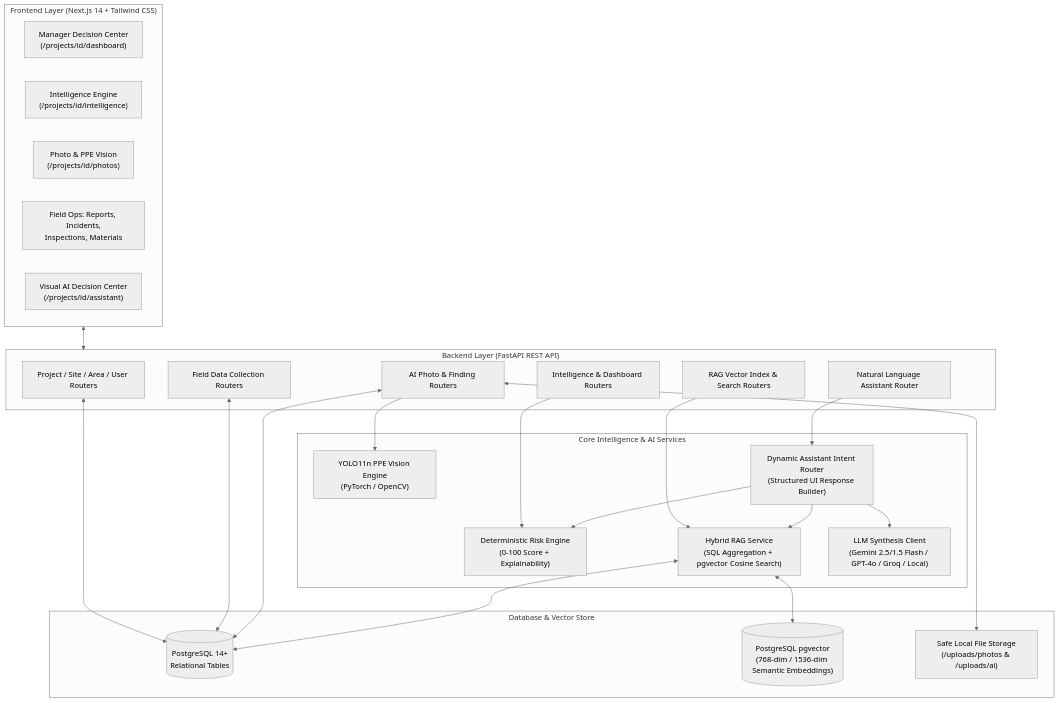
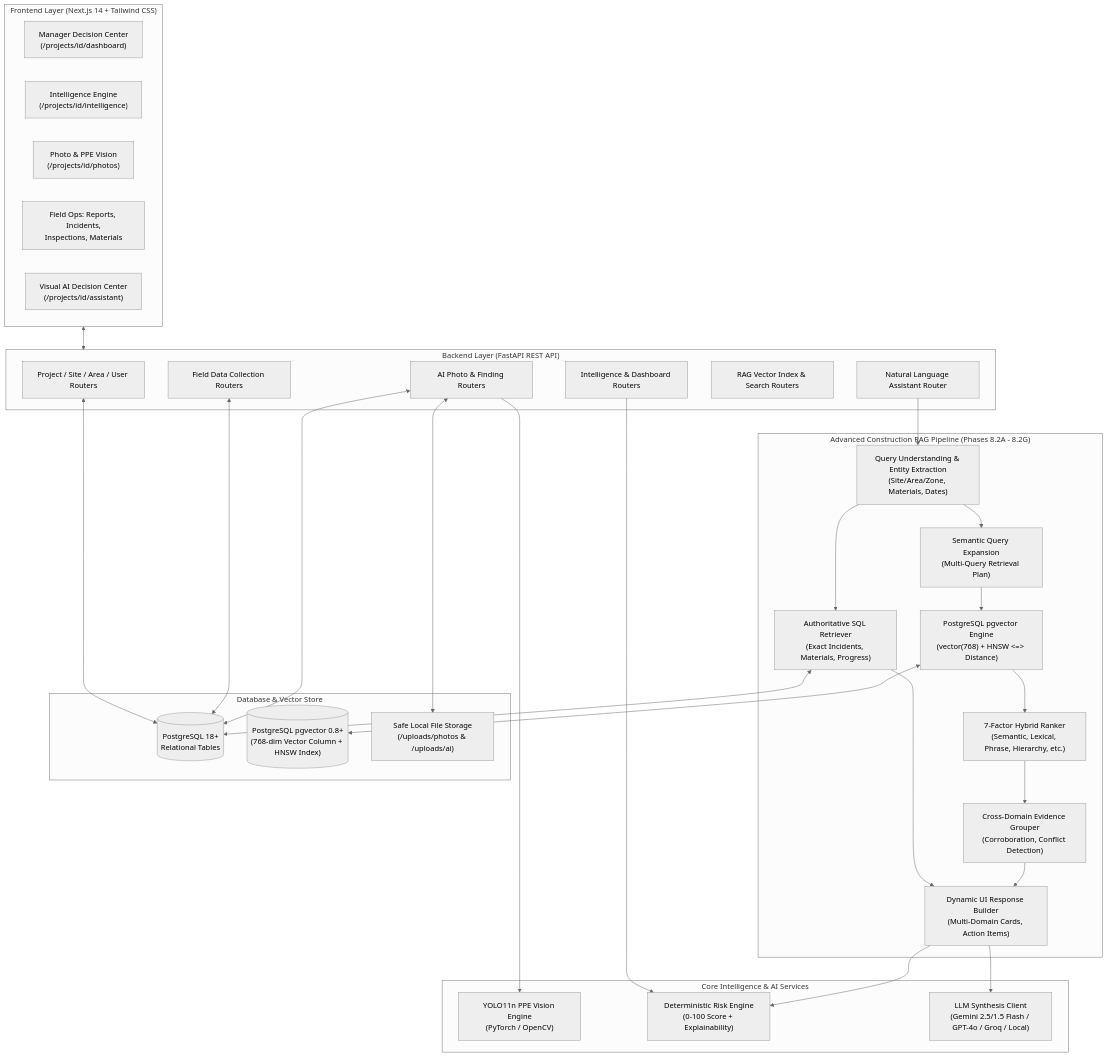
Before and after one commit to Patelarfat/Buildathon_2026: the diagram in README.md, drawn with Mermaid (neutral theme). The commit also changed other lines of this file, not shown here.

````diff
--- a/README.md
+++ b/README.md
@@ -40,50 +41,63 @@
 ```mermaid
 flowchart TD
     subgraph Frontend["Frontend Layer (Next.js 14 + Tailwind CSS)"]
         UI_Dash["Manager Decision Center\n(/projects/id/dashboard)"]
         UI_Intel["Intelligence Engine\n(/projects/id/intelligence)"]
         UI_Photos["Photo & PPE Vision\n(/projects/id/photos)"]
         UI_Field["Field Ops: Reports, Incidents,\nInspections, Materials"]
         UI_Assistant["Visual AI Decision Center\n(/projects/id/assistant)"]
     end
 
     subgraph Backend["Backend Layer (FastAPI REST API)"]
         Router_Core["Project / Site / Area / User Routers"]
         Router_Field["Field Data Collection Routers"]
         Router_AI["AI Photo & Finding Routers"]
         Router_Intel["Intelligence & Dashboard Routers"]
         Router_RAG["RAG Vector Index & Search Routers"]
         Router_Assistant["Natural Language Assistant Router"]
     end
 
+    subgraph RAG_Pipeline["Advanced Construction RAG Pipeline (Phases 8.2A - 8.2G)"]
+        QU["Query Understanding & Entity Extraction\n(Site/Area/Zone, Materials, Dates)"]
+        QE["Semantic Query Expansion\n(Multi-Query Retrieval Plan)"]
+        PGV["PostgreSQL pgvector Engine\n(vector(768) + HNSW <=> Distance)"]
+        HybridScorer["7-Factor Hybrid Ranker\n(Semantic, Lexical, Phrase, Hierarchy, etc.)"]
+        SQL_Facts["Authoritative SQL Retriever\n(Exact Incidents, Materials, Progress)"]
+        Grouper["Cross-Domain Evidence Grouper\n(Corroboration, Conflict Detection)"]
+        StructuredService["Dynamic UI Response Builder\n(Multi-Domain Cards, Action Items)"]
+    end
+
     subgraph Services["Core Intelligence & AI Services"]
         YOLO["YOLO11n PPE Vision Engine\n(PyTorch / OpenCV)"]
         RiskEngine["Deterministic Risk Engine\n(0-100 Score + Explainability)"]
-        RAGService["Hybrid RAG Service\n(SQL Aggregation + pgvector Cosine Search)"]
         LLMService["LLM Synthesis Client\n(Gemini 2.5/1.5 Flash / GPT-4o / Groq / Local)"]
-        IntentRouter["Dynamic Assistant Intent Router\n(Structured UI Response Builder)"]
     end
 
     subgraph Storage["Database & Vector Store"]
-        Postgres[("PostgreSQL 14+\nRelational Tables")]
-        PgVector[("PostgreSQL pgvector\n(768-dim / 1536-dim Semantic Embeddings)")]
+        Postgres[("PostgreSQL 18+\nRelational Tables")]
+        PgVectorStore[("PostgreSQL pgvector 0.8+\n(768-dim Vector Column + HNSW Index)")]
         DiskStorage["Safe Local File Storage\n(/uploads/photos & /uploads/ai)"]
     end
 
     %% Interactions
     Frontend <--> Backend
     Router_AI --> YOLO
     Router_Intel --> RiskEngine
-    Router_RAG --> RAGService
-    Router_Assistant --> IntentRouter
-    IntentRouter --> RiskEngine
-    IntentRouter --> RAGService
-    IntentRouter --> LLMService
+    Router_Assistant --> QU
+    QU --> QE
+    QE --> PGV
+    PGV --> HybridScorer
+    QU --> SQL_Facts
+    HybridScorer --> Grouper
+    SQL_Facts --> StructuredService
+    Grouper --> StructuredService
+    StructuredService --> LLMService
+    StructuredService --> RiskEngine
 
     Router_Core <--> Postgres
     Router_Field <--> Postgres
     Router_AI <--> Postgres
     Router_AI <--> DiskStorage
-    RAGService <--> PgVector
-    RAGService <--> Postgres
+    PGV <--> PgVectorStore
+    SQL_Facts <--> Postgres
 ```
````
